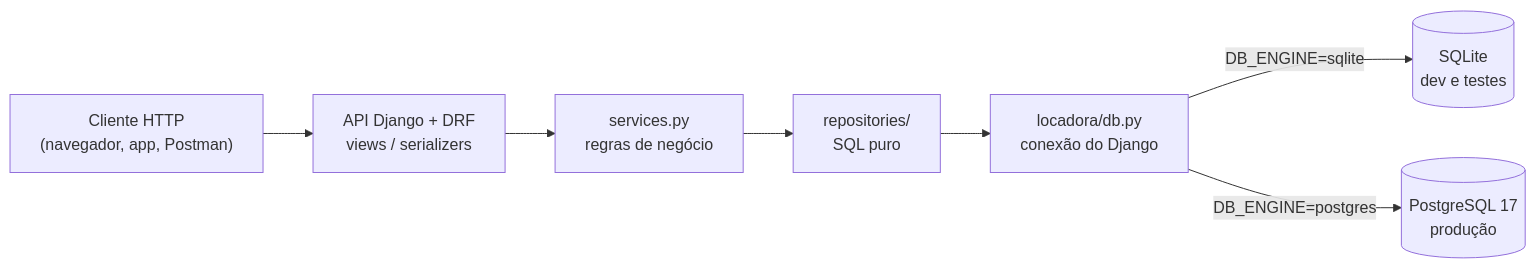
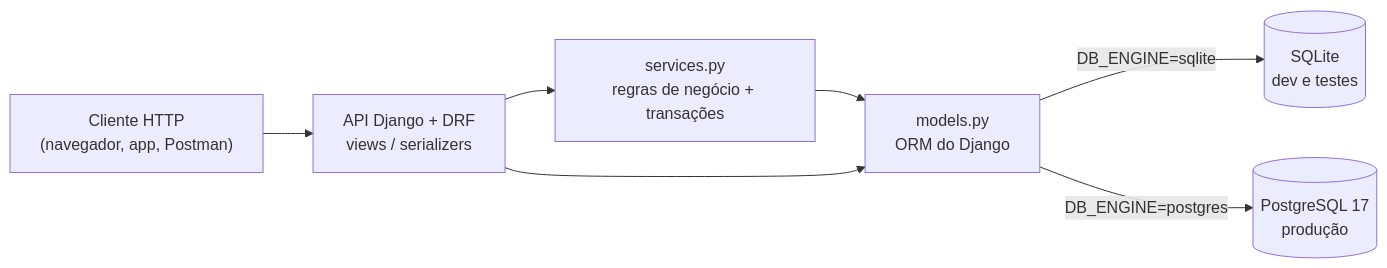
Before and after one commit to Luizzzz28/PI---EasyCar_Luiz-Barbiana-Yandra: the diagram in docs/README.md, drawn with Mermaid. The commit also changed other lines of this file and 26 other files, not shown here.

First line of the commit message:
Usa o ORM do Django na camada de banco

````diff
--- a/docs/README.md
+++ b/docs/README.md
@@ -21,9 +21,9 @@
 ```mermaid
 flowchart LR
     Cliente["Cliente HTTP<br/>(navegador, app, Postman)"] --> API["API Django + DRF<br/>views / serializers"]
-    API --> Services["services.py<br/>regras de negócio"]
-    Services --> Repos["repositories/<br/>SQL puro"]
-    Repos --> DB["locadora/db.py<br/>conexão do Django"]
-    DB -->|DB_ENGINE=sqlite| SQLite[("SQLite<br/>dev e testes")]
-    DB -->|DB_ENGINE=postgres| PG[("PostgreSQL 17<br/>produção")]
+    API --> Services["services.py<br/>regras de negócio + transações"]
+    Services --> ORM["models.py<br/>ORM do Django"]
+    API --> ORM
+    ORM -->|"DB_ENGINE=sqlite"| SQLite[("SQLite<br/>dev e testes")]
+    ORM -->|"DB_ENGINE=postgres"| PG[("PostgreSQL 17<br/>produção")]
 ```
````
